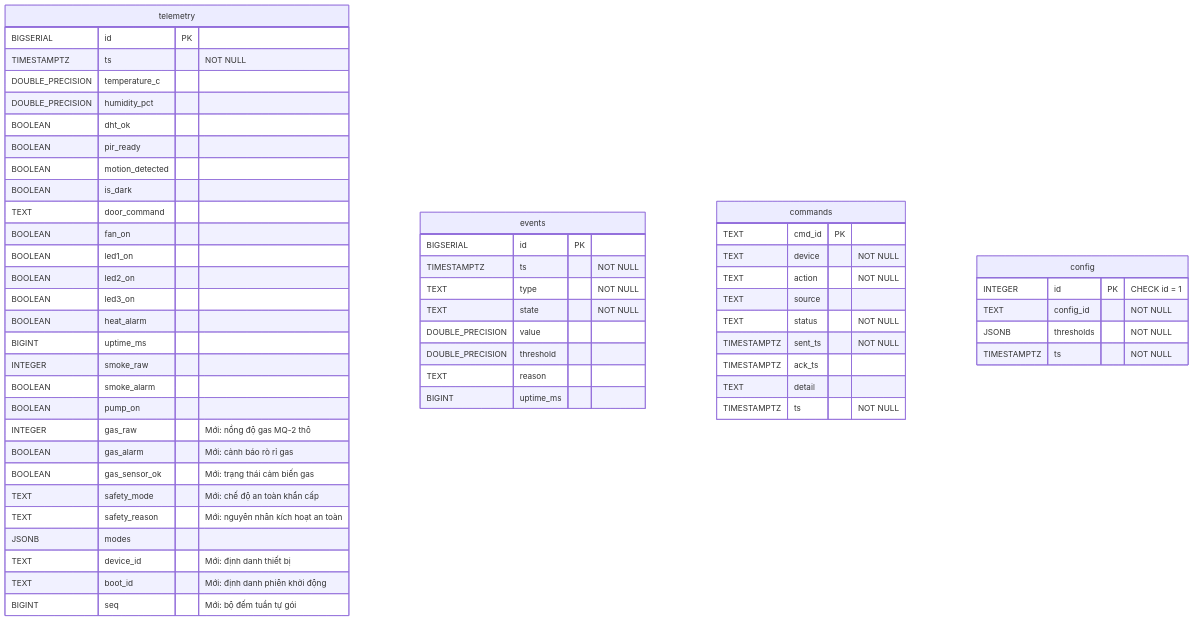
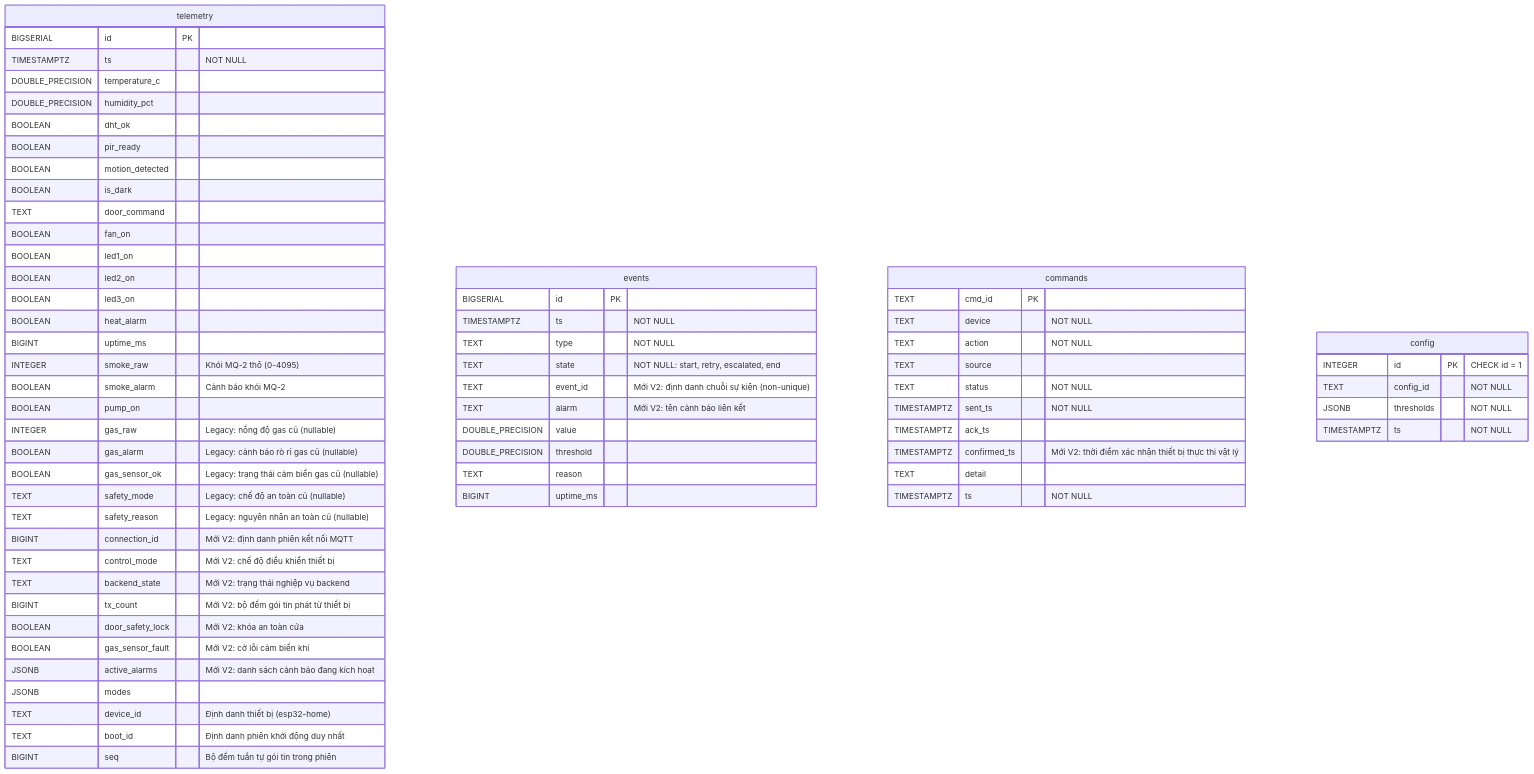
Before and after one commit to Vunguyentinee/Software_BTL-IOT: the second of 2 diagrams in backend/docs/DB_DESIGN_THAI.md, drawn with Mermaid. The commit also changed other lines of this file and 5 other files, not shown here.

````diff
--- a/backend/docs/DB_DESIGN_THAI.md
+++ b/backend/docs/DB_DESIGN_THAI.md
@@ -69,62 +69,72 @@
 ```mermaid
 erDiagram
     telemetry {
         BIGSERIAL id PK
         TIMESTAMPTZ ts "NOT NULL"
         DOUBLE_PRECISION temperature_c
         DOUBLE_PRECISION humidity_pct
         BOOLEAN dht_ok
         BOOLEAN pir_ready
         BOOLEAN motion_detected
         BOOLEAN is_dark
         TEXT door_command
         BOOLEAN fan_on
         BOOLEAN led1_on
         BOOLEAN led2_on
         BOOLEAN led3_on
         BOOLEAN heat_alarm
         BIGINT uptime_ms
-        INTEGER smoke_raw
-        BOOLEAN smoke_alarm
+        INTEGER smoke_raw "Khói MQ-2 thô (0-4095)"
+        BOOLEAN smoke_alarm "Cảnh báo khói MQ-2"
         BOOLEAN pump_on
-        INTEGER gas_raw "Mới: nồng độ gas MQ-2 thô"
-        BOOLEAN gas_alarm "Mới: cảnh báo rò rỉ gas"
-        BOOLEAN gas_sensor_ok "Mới: trạng thái cảm biến gas"
-        TEXT safety_mode "Mới: chế độ an toàn khẩn cấp"
-        TEXT safety_reason "Mới: nguyên nhân kích hoạt an toàn"
+        INTEGER gas_raw "Legacy: nồng độ gas cũ (nullable)"
+        BOOLEAN gas_alarm "Legacy: cảnh báo rò rỉ gas cũ (nullable)"
+        BOOLEAN gas_sensor_ok "Legacy: trạng thái cảm biến gas cũ (nullable)"
+        TEXT safety_mode "Legacy: chế độ an toàn cũ (nullable)"
+        TEXT safety_reason "Legacy: nguyên nhân an toàn cũ (nullable)"
+        BIGINT connection_id "Mới V2: định danh phiên kết nối MQTT"
+        TEXT control_mode "Mới V2: chế độ điều khiển thiết bị"
+        TEXT backend_state "Mới V2: trạng thái nghiệp vụ backend"
+        BIGINT tx_count "Mới V2: bộ đếm gói tin phát từ thiết bị"
+        BOOLEAN door_safety_lock "Mới V2: khóa an toàn cửa"
+        BOOLEAN gas_sensor_fault "Mới V2: cờ lỗi cảm biến khí"
+        JSONB active_alarms "Mới V2: danh sách cảnh báo đang kích hoạt"
         JSONB modes
-        TEXT device_id "Mới: định danh thiết bị"
-        TEXT boot_id "Mới: định danh phiên khởi động"
-        BIGINT seq "Mới: bộ đếm tuần tự gói"
+        TEXT device_id "Định danh thiết bị (esp32-home)"
+        TEXT boot_id "Định danh phiên khởi động duy nhất"
+        BIGINT seq "Bộ đếm tuần tự gói tin trong phiên"
     }
 
     events {
         BIGSERIAL id PK
         TIMESTAMPTZ ts "NOT NULL"
         TEXT type "NOT NULL"
-        TEXT state "NOT NULL"
+        TEXT state "NOT NULL: start, retry, escalated, end"
+        TEXT event_id "Mới V2: định danh chuỗi sự kiện (non-unique)"
+        TEXT alarm "Mới V2: tên cảnh báo liên kết"
         DOUBLE_PRECISION value
         DOUBLE_PRECISION threshold
         TEXT reason
         BIGINT uptime_ms
     }
 
     commands {
         TEXT cmd_id PK
         TEXT device "NOT NULL"
         TEXT action "NOT NULL"
         TEXT source
         TEXT status "NOT NULL"
         TIMESTAMPTZ sent_ts "NOT NULL"
         TIMESTAMPTZ ack_ts
+        TIMESTAMPTZ confirmed_ts "Mới V2: thời điểm xác nhận thiết bị thực thi vật lý"
         TEXT detail
         TIMESTAMPTZ ts "NOT NULL"
     }
 
     config {
         INTEGER id PK "CHECK id = 1"
         TEXT config_id "NOT NULL"
         JSONB thresholds "NOT NULL"
         TIMESTAMPTZ ts "NOT NULL"
     }
 ```
````
